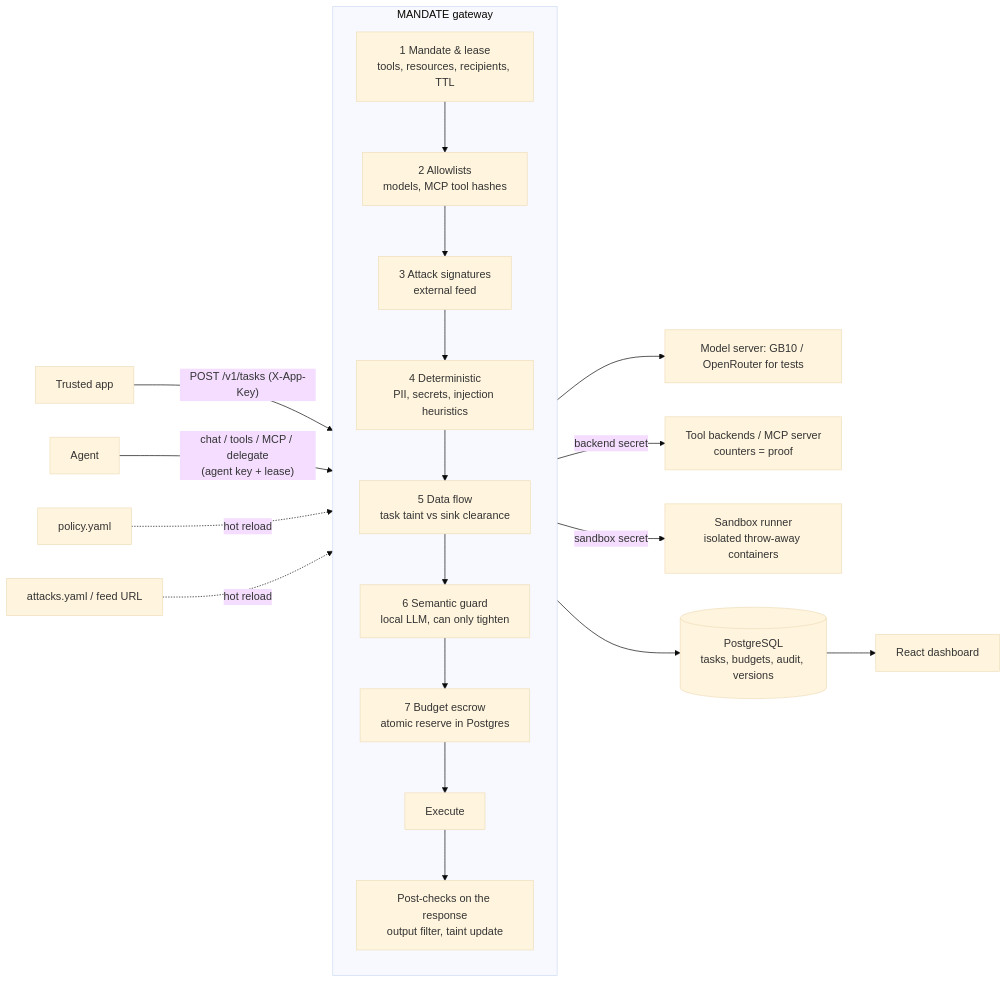
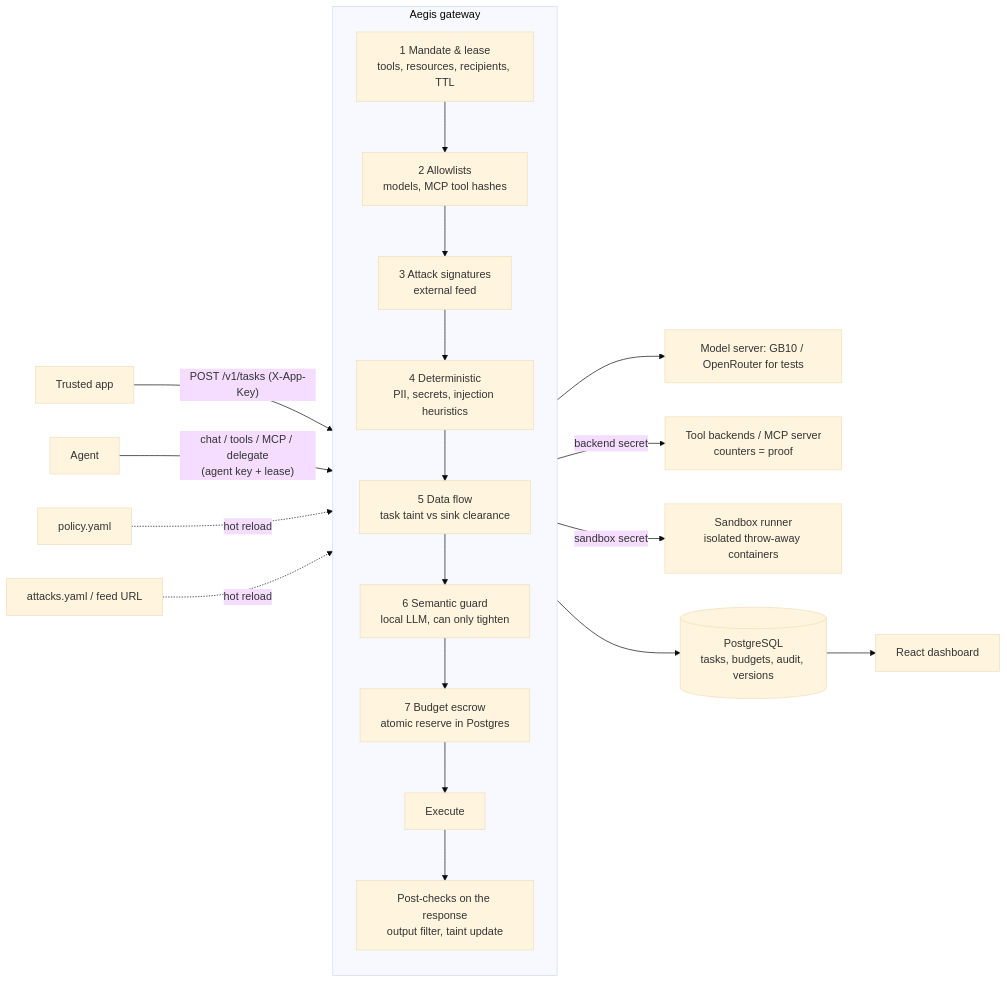
One commit to Alfiarze/hackyeah-2026-goldman changed the diagram in README.md. Above: the diagram before and after it, drawn with Mermaid (base theme). The commit also changed other lines of this file and 47 other files, not shown here.

````diff
--- a/README.md
+++ b/README.md
@@ -52,23 +52,23 @@
 ```mermaid
 flowchart LR
   App[Trusted app] -- "POST /v1/tasks (X-App-Key)" --> GW
   Agent -- "chat / tools / MCP / delegate<br/>(agent key + lease)" --> GW
-  subgraph GW[MANDATE gateway]
+  subgraph GW[Aegis gateway]
     direction TB
     M[1 Mandate & lease<br/>tools, resources, recipients, TTL] --> A[2 Allowlists<br/>models, MCP tool hashes]
     A --> S[3 Attack signatures<br/>external feed]
     S --> D[4 Deterministic<br/>PII, secrets, injection heuristics]
     D --> T[5 Data flow<br/>task taint vs sink clearance]
     T --> SEM[6 Semantic guard<br/>local LLM, can only tighten]
     SEM --> B[7 Budget escrow<br/>atomic reserve in Postgres]
     B --> X[Execute]
     X --> P[Post-checks on the response<br/>output filter, taint update]
   end
   GW --> LLM[Model server: GB10 / OpenRouter for tests]
   GW -- "backend secret" --> Tools[Tool backends / MCP server<br/>counters = proof]
   GW -- "sandbox secret" --> Sbx[Sandbox runner<br/>isolated throw-away containers]
   GW --> PG[(PostgreSQL<br/>tasks, budgets, audit, versions)]
   Policy[policy.yaml] -. hot reload .-> GW
   Feed[attacks.yaml / feed URL] -. hot reload .-> GW
   PG --> Dash[React dashboard]
 ```
````
